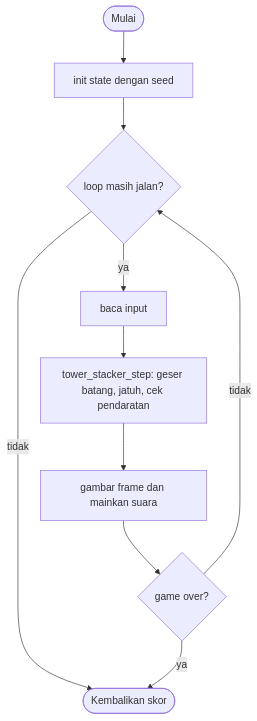
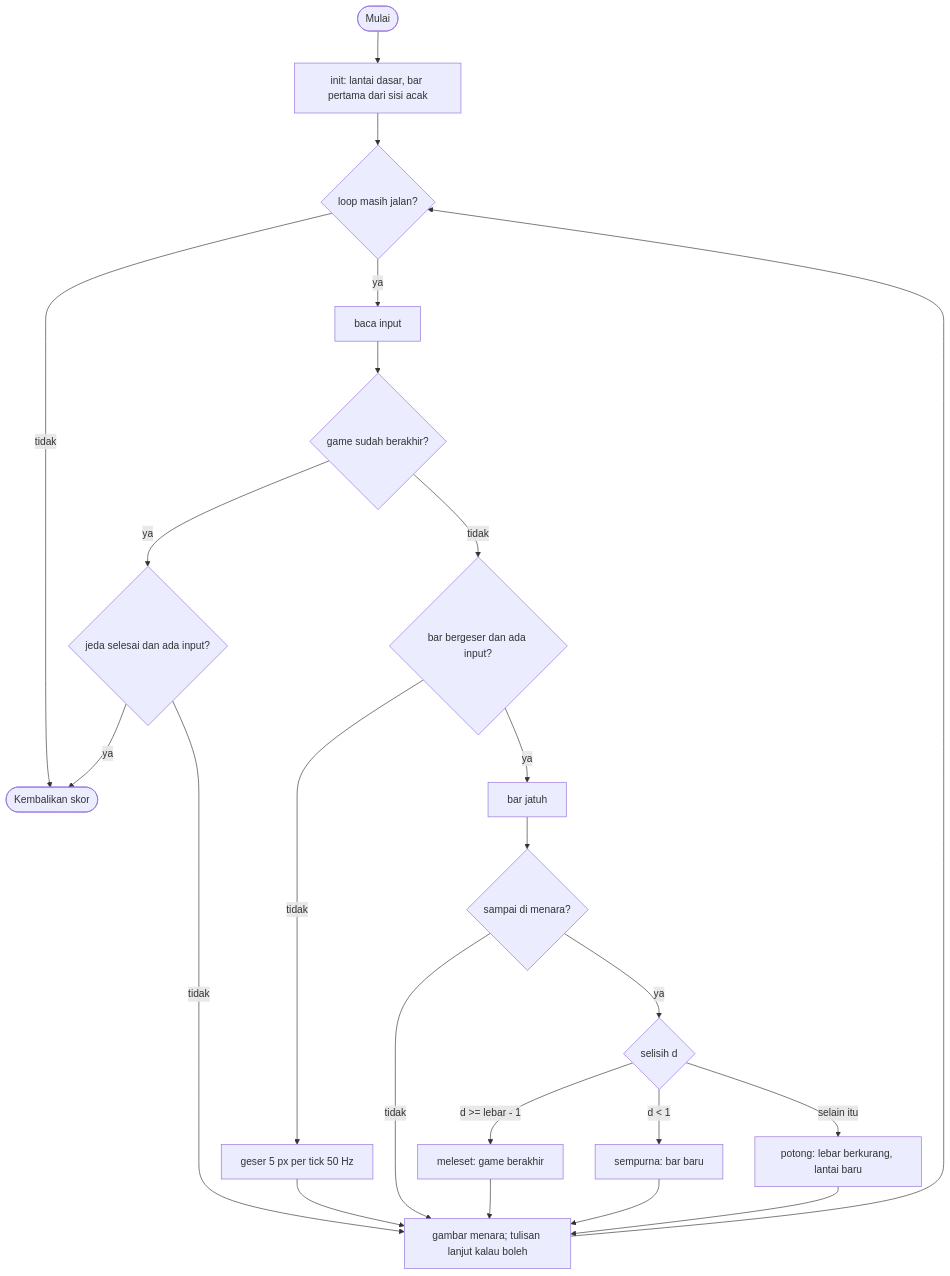
One commit to zaxx-q/arCade changed the diagram in deferred/tower_stacker/GAME.md. Above: the diagram before and after it, drawn with Mermaid. The commit also changed other lines of this file and 6 other files, not shown here.

Commit message:
feat(tower_stacker): make bar appears randomly left or right, make th… (#35)

````diff
--- a/deferred/tower_stacker/GAME.md
+++ b/deferred/tower_stacker/GAME.md
@@ -141,12 +219,21 @@
 ```mermaid
 flowchart TD
-    A([Mulai]) --> B["init state dengan seed"]
+    A([Mulai]) --> B["init: lantai dasar, bar pertama dari sisi acak"]
     B --> C{"loop masih jalan?"}
     C -- tidak --> Z([Kembalikan skor])
     C -- ya --> D[baca input]
-    D --> E["tower_stacker_step: geser batang, jatuh, cek pendaratan"]
-    E --> F[gambar frame dan mainkan suara]
-    F --> G{"game over?"}
-    G -- tidak --> C
-    G -- ya --> Z
+    D --> E{"game sudah berakhir?"}
+    E -- ya --> F{"jeda selesai dan ada input?"}
+    F -- ya --> Z
+    F -- tidak --> L[gambar menara; tulisan lanjut kalau boleh] --> C
+    E -- tidak --> G{"bar bergeser dan ada input?"}
+    G -- ya --> H[bar jatuh]
+    G -- tidak --> I[geser 5 px per tick 50 Hz]
+    H --> J{"sampai di menara?"}
+    I --> L
+    J -- tidak --> L
+    J -- ya --> K{"selisih d"}
+    K -- "d >= lebar - 1" --> M[meleset: game berakhir] --> L
+    K -- "d < 1" --> N[sempurna: bar baru] --> L
+    K -- selain itu --> O[potong: lebar berkurang, lantai baru] --> L
 ```
````
